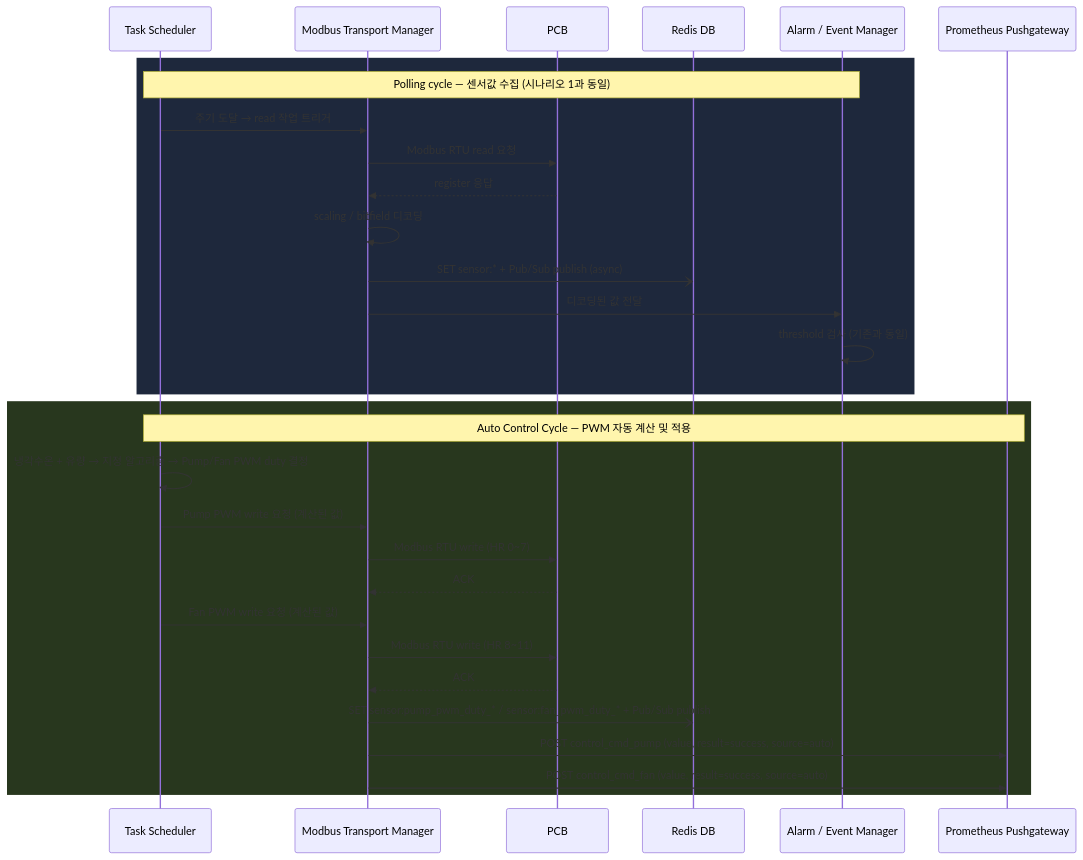
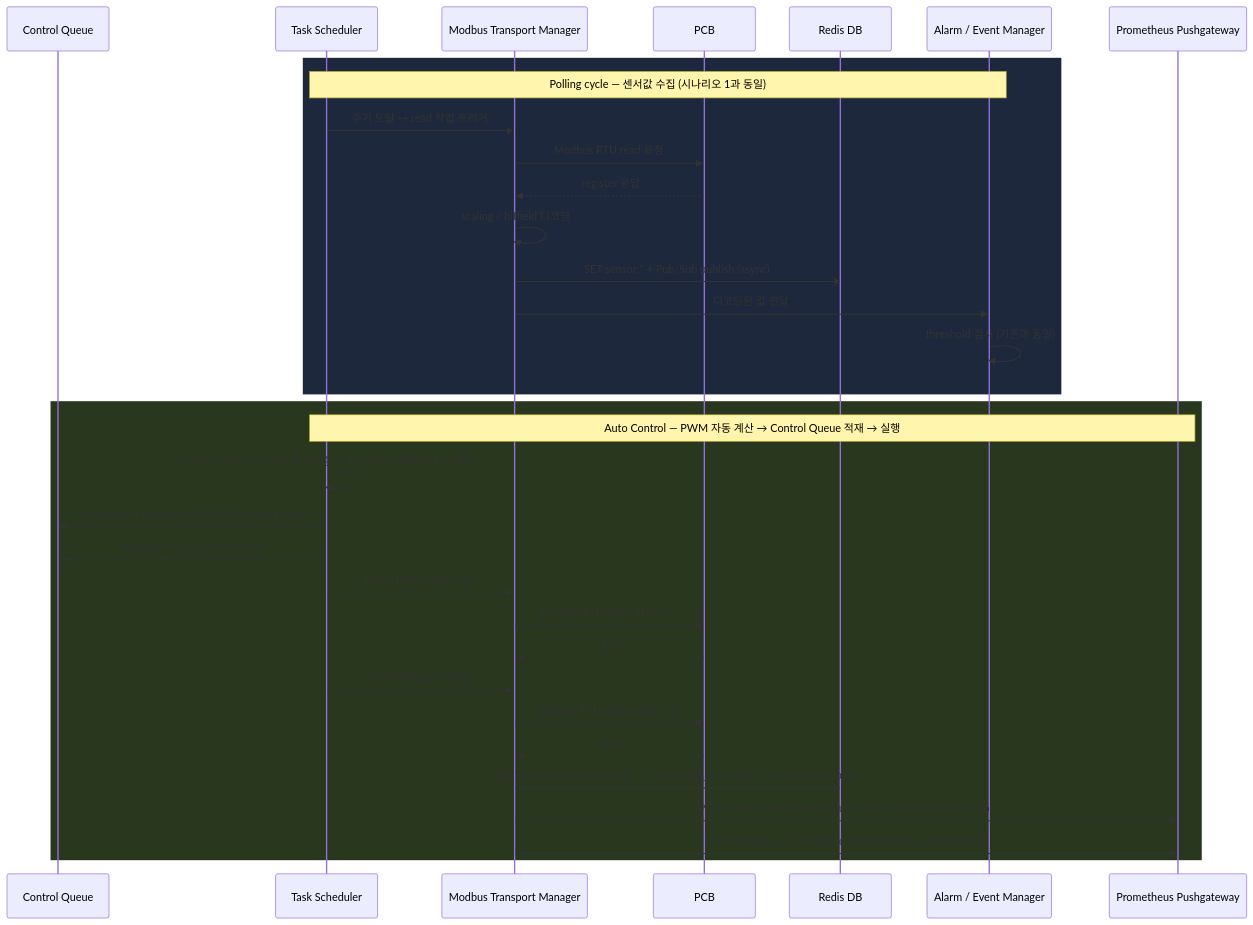
One commit to DEEPGadget/L2A_CDU_system changed the sixth of 7 diagrams in docs/MCG.md. Above: the diagram before and after it, drawn with Mermaid. The commit also changed other lines of this file, not shown here.

````diff
--- a/docs/MCG.md
+++ b/docs/MCG.md
@@ -410,34 +418,37 @@
 ```mermaid
 sequenceDiagram
+    participant CQ as Control Queue
     participant TS as Task Scheduler
     participant MTM as Modbus Transport Manager
     participant PCB as PCB
     participant Redis as Redis DB
     participant AEM as Alarm / Event Manager
     participant PGW as Prometheus Pushgateway
 
     rect rgb(30, 40, 60)
         Note over TS,AEM: Polling cycle — 센서값 수집 (시나리오 1과 동일)
         TS->>MTM: 주기 도달 → read 작업 트리거
         MTM->>PCB: Modbus RTU read 요청
         PCB-->>MTM: register 응답
         MTM->>MTM: scaling / bitfield 디코딩
         MTM-)Redis: SET sensor:* + Pub/Sub publish (async)
         MTM->>AEM: 디코딩된 값 전달
         AEM->>AEM: threshold 검사 (기존과 동일)
     end
 
     rect rgb(40, 55, 30)
-        Note over TS,PGW: Auto Control Cycle — PWM 자동 계산 및 적용
+        Note over TS,PGW: Auto Control — PWM 자동 계산 → Control Queue 적재 → 실행
         TS->>TS: 냉각수온 + 유량 → 지정 알고리즘 → Pump/Fan PWM duty 결정
-        TS->>MTM: Pump PWM write 요청 (계산된 값)
+        TS->>CQ: Pump/Fan PWM write 요청 적재 (source=auto)
+        TS->>CQ: dequeue (다음 cycle 우선 처리)
+        TS->>MTM: Pump PWM write 요청
         MTM->>PCB: Modbus RTU write (HR 0~7)
         PCB-->>MTM: ACK
-        TS->>MTM: Fan PWM write 요청 (계산된 값)
+        TS->>MTM: Fan PWM write 요청
         MTM->>PCB: Modbus RTU write (HR 8~11)
         PCB-->>MTM: ACK
         MTM-)Redis: SET sensor:pump_pwm_duty_* / sensor:fan_pwm_duty_* + Pub/Sub publish
         MTM->>PGW: POST control_cmd_pump (value, result=success, source=auto)
         MTM->>PGW: POST control_cmd_fan (value, result=success, source=auto)
     end
 ```
````
